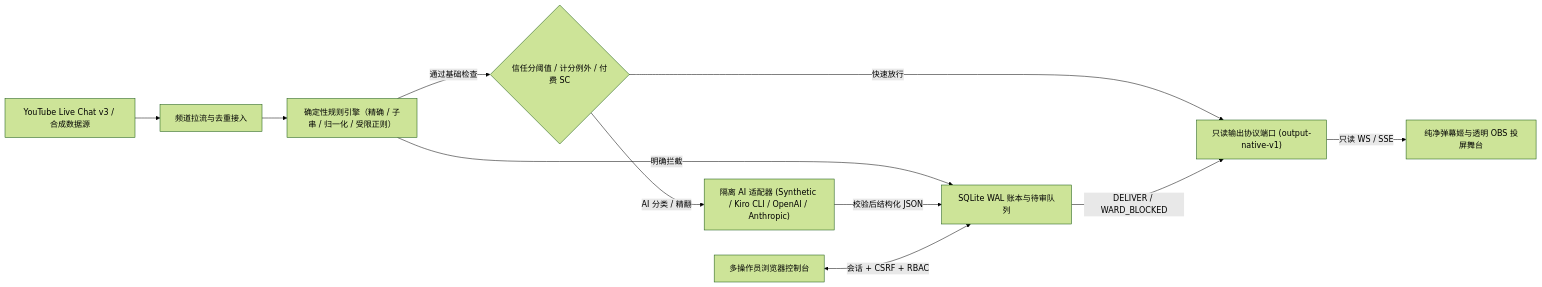
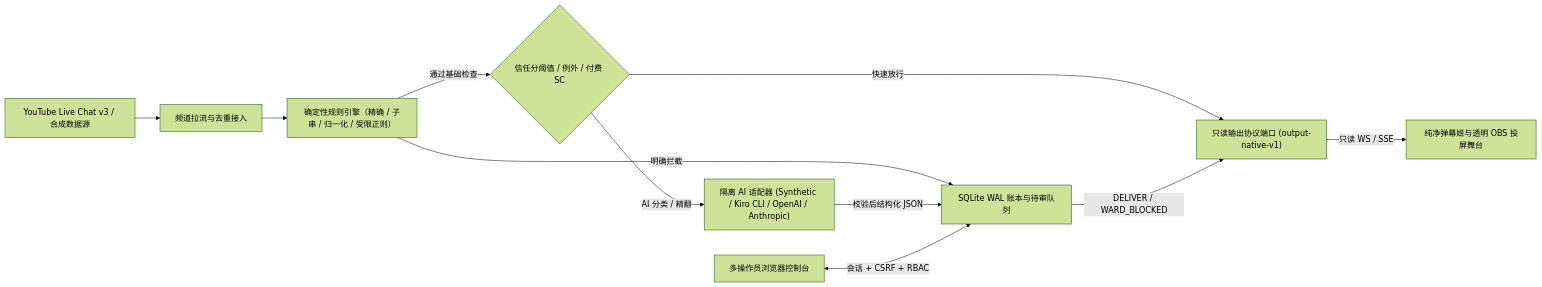
One commit to tpmoonchefryan/Voxward changed the diagram in README.zh-CN.md. Above: the diagram before and after it, drawn with Mermaid (forest theme). The commit also changed other lines of this file and 10 other files, not shown here.

Commit message:
docs(readme): add product icon, UI previews, pre-release notice, stack, structure, and roadmap

````diff
--- a/README.zh-CN.md
+++ b/README.zh-CN.md
@@ -60,13 +96,13 @@
 ```mermaid
 flowchart LR
     YT["YouTube Live Chat v3 / 合成数据源"] --> IN["频道拉流与去重接入"]
     IN --> BASE["确定性规则引擎（精确 / 子串 / 归一化 / 受限正则）"]
     BASE -->|明确拦截| STORE["SQLite WAL 账本与待审队列"]
-    BASE -->|通过基础检查| ROUTE{"信任分阈值 / 计分例外 / 付费 SC"}
+    BASE -->|通过基础检查| ROUTE{"信任分阈值 / 例外 / 付费 SC"}
     ROUTE -->|快速放行| OUT["只读输出协议端口 (output-native-v1)"]
     ROUTE -->|AI 分类 / 精翻| AI["隔离 AI 适配器 (Synthetic / Kiro CLI / OpenAI / Anthropic)"]
     AI -->|校验后结构化 JSON| STORE
     STORE -->|DELIVER / WARD_BLOCKED| OUT
     UI["多操作员浏览器控制台"] <-->|会话 + CSRF + RBAC| STORE
     OUT -->|只读 WS / SSE| DOCK["纯净弹幕姬与透明 OBS 投屏舞台"]
 ```
````
